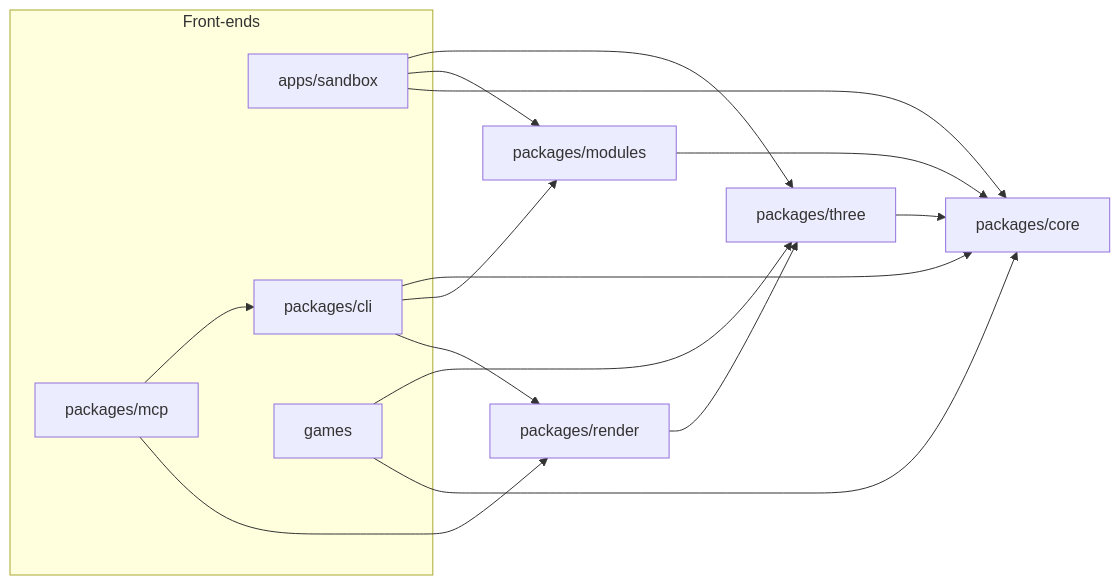
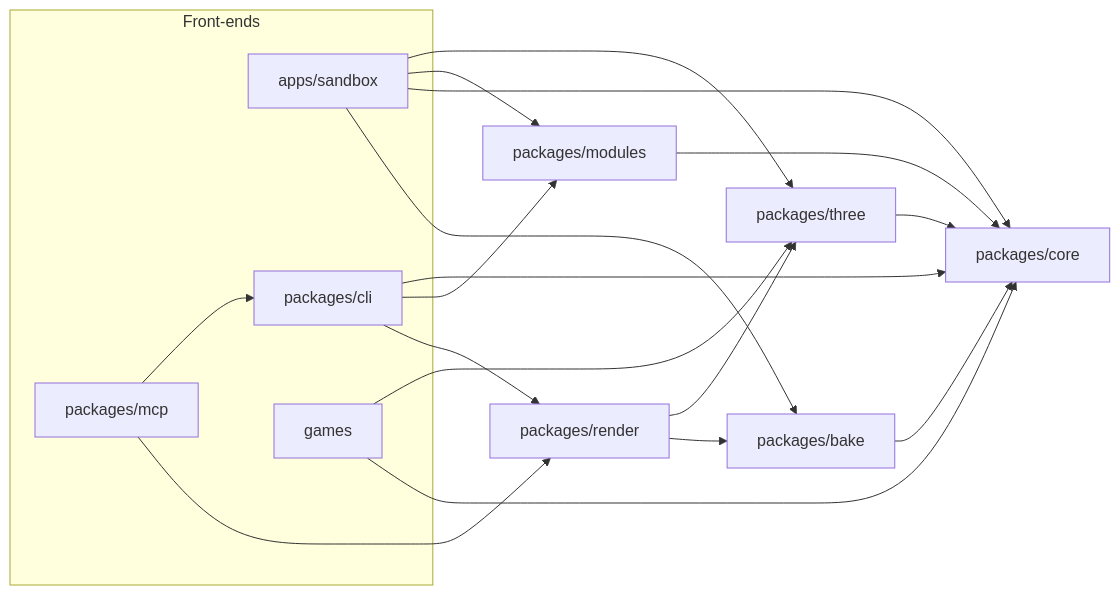
One commit to michaelcrosato/Spawnforge changed the diagram in docs/architecture.md. Above: the diagram before and after it, drawn with Mermaid. The commit also changed other lines of this file and 58 other files, not shown here.

````diff
--- a/docs/architecture.md
+++ b/docs/architecture.md
@@ -9,26 +9,30 @@
 ```mermaid
 flowchart LR
   subgraph frontends[Front-ends]
     sandbox[apps/sandbox]
     mcp[packages/mcp]
     cli[packages/cli]
     games[games]
   end
   modules[packages/modules]
   three[packages/three]
+  bake[packages/bake]
   core[packages/core]
 
   mcp --> cli
   cli --> core
   cli --> modules
   render[packages/render] --> three
+  render --> bake
   cli --> render
   mcp --> render
   sandbox --> three
   sandbox --> modules
   sandbox --> core
+  sandbox --> bake
+  bake --> core
   games --> three
   games --> core
   three --> core
   modules --> core
 ```
````
